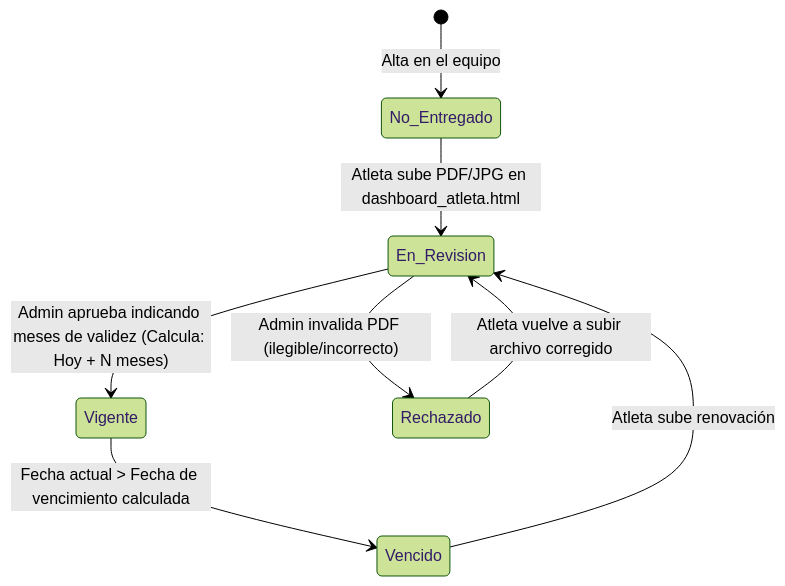
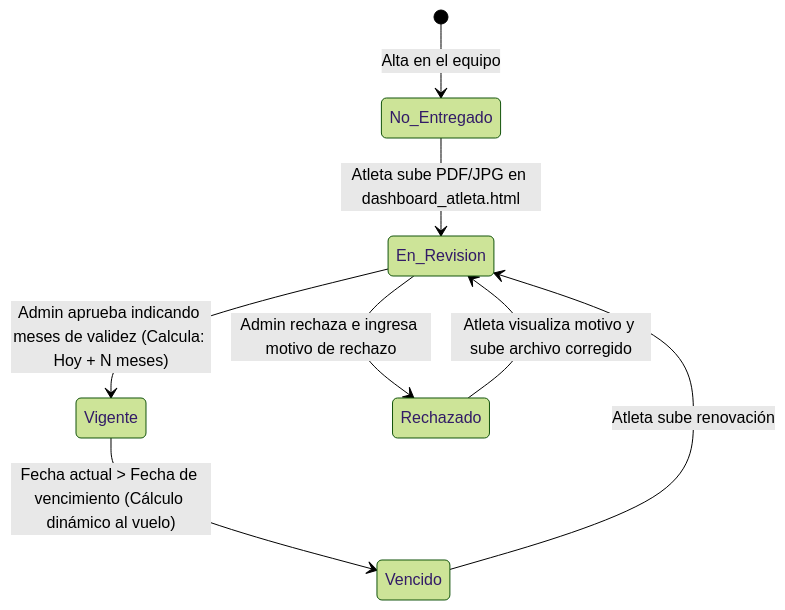
Before and after one commit to thspin/stride: the third of 4 diagrams in User Flows/user_flow_diagram.md, drawn with Mermaid (forest theme). The commit also changed other lines of this file and 8 other files, not shown here.

Commit message:
Docs: Update user flows with new business rules

````diff
--- a/User Flows/user_flow_diagram.md
+++ b/User Flows/user_flow_diagram.md
@@ -172,10 +195,10 @@
 ```mermaid
 stateDiagram-v2
     [*] --> No_Entregado : Alta en el equipo
     No_Entregado --> En_Revision : Atleta sube PDF/JPG en dashboard_atleta.html
     En_Revision --> Vigente : Admin aprueba indicando meses de validez (Calcula: Hoy + N meses)
-    En_Revision --> Rechazado : Admin invalida PDF (ilegible/incorrecto)
-    Rechazado --> En_Revision : Atleta vuelve a subir archivo corregido
-    Vigente --> Vencido : Fecha actual > Fecha de vencimiento calculada
+    En_Revision --> Rechazado : Admin rechaza e ingresa motivo de rechazo
+    Rechazado --> En_Revision : Atleta visualiza motivo y sube archivo corregido
+    Vigente --> Vencido : Fecha actual > Fecha de vencimiento (Cálculo dinámico al vuelo)
     Vencido --> En_Revision : Atleta sube renovación
 ```
````
